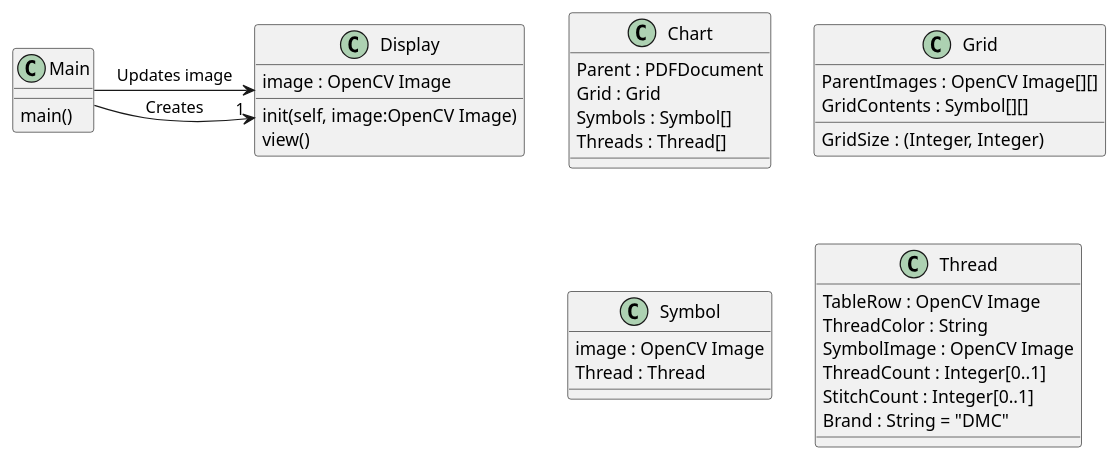
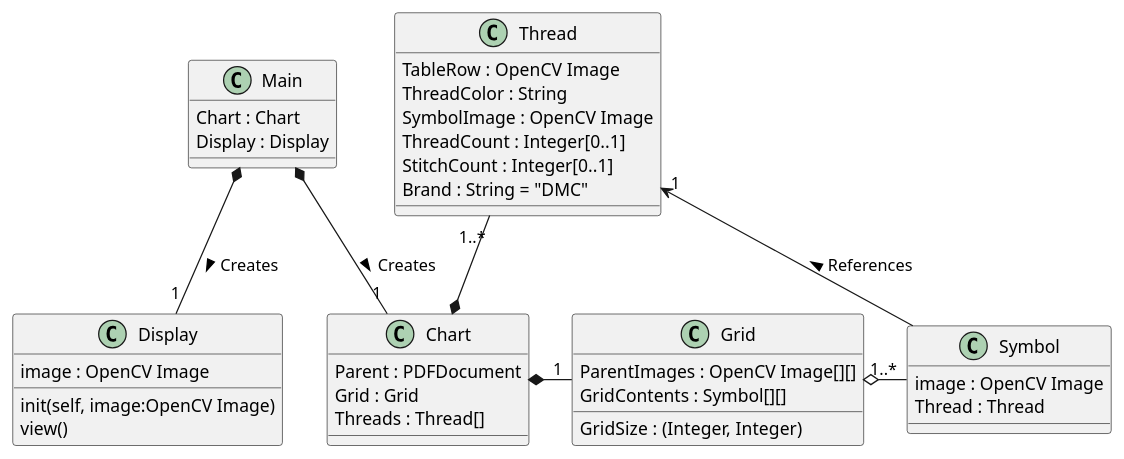
Before and after one commit to Badwolf369/PatternSeer: the diagram in doc/classes.md, drawn with PlantUML.

Commit message:
Add more class associations

```diff
--- a/doc/classes.md
+++ b/doc/classes.md
@@ -1,37 +1,42 @@
 @startuml
 class Main {
-    main()
+    Chart : Chart
+    Display : Display
 }
+
 class Display {
     image : OpenCV Image
     init(self, image:OpenCV Image)
     view()
 }
+Display "1" -u-* Main : < Creates
 
 class Chart {
     Parent : PDFDocument
     Grid : Grid
-    Symbols : Symbol[]
     Threads : Thread[]
 }
 class Grid {
     ParentImages : OpenCV Image[][]
     GridSize : (Integer, Integer)
     GridContents : Symbol[][]
 }
 class Symbol {
     image : OpenCV Image
     Thread : Thread
 }
 class Thread {
     TableRow : OpenCV Image
     ThreadColor : String
     SymbolImage : OpenCV Image
     ThreadCount : Integer[0..1]
     StitchCount : Integer[0..1]
     Brand : String = "DMC"
 }
 
-Main -r-> "1" Display : Creates
-Main -r-> Display : Updates image
+Chart "1" -u-* Main : < Creates
+Thread "1..*" -d-* Chart
+Thread "1" <-d- Symbol: < References
+Symbol "1..*" -l-o Grid
+Grid "1" -l-* Chart
 @enduml
```
